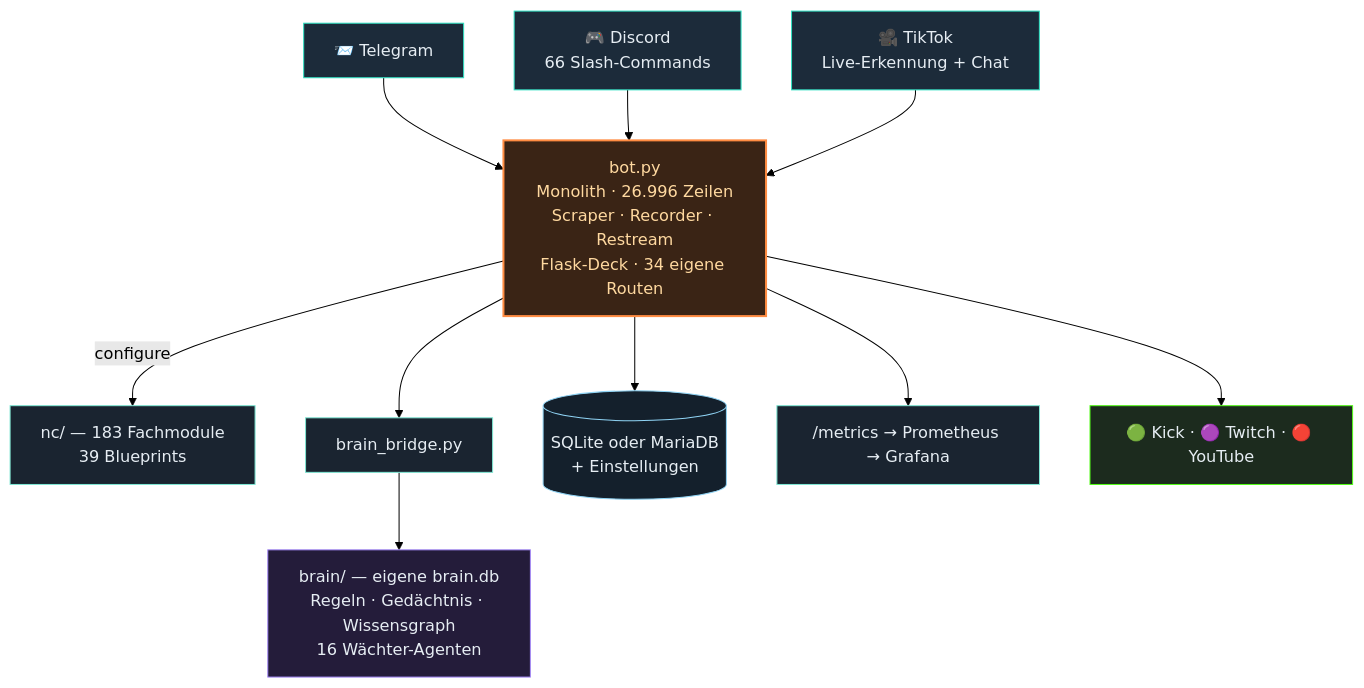
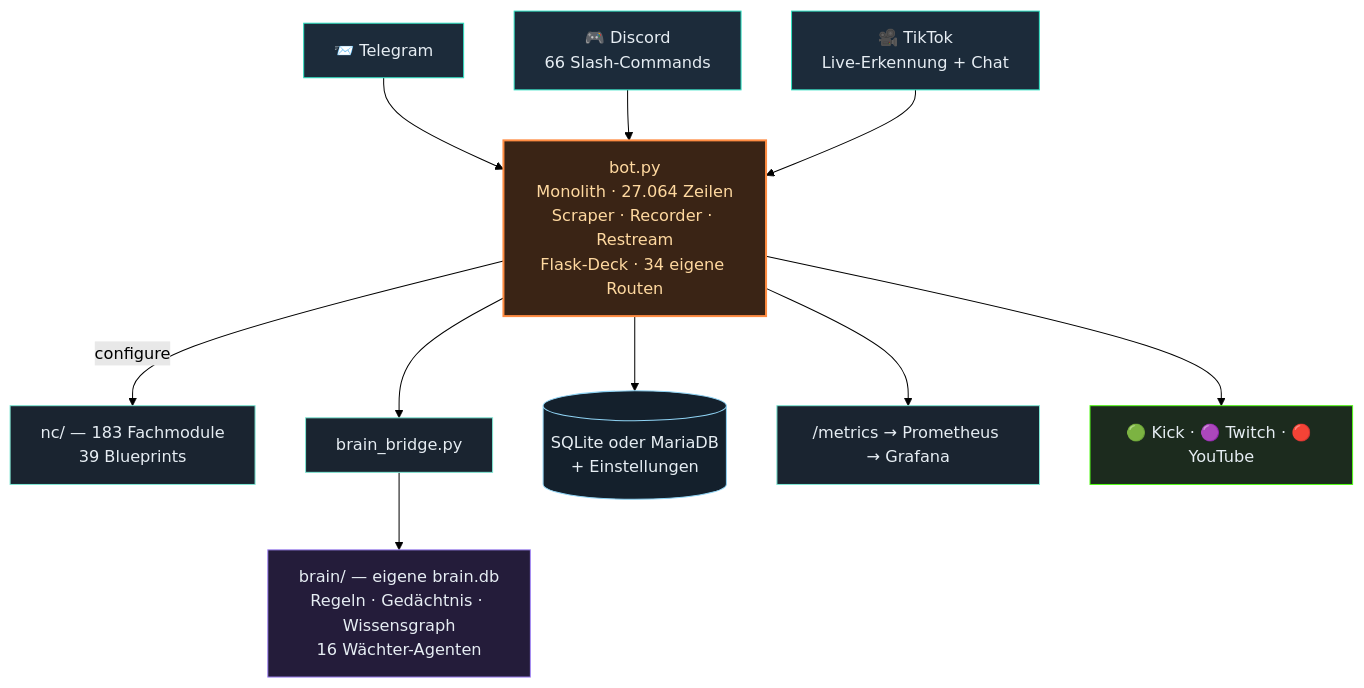
Before and after one commit to itsamemedev/Telegram-Stream-Info-Bot: the second of 3 diagrams in README.md, drawn with Mermaid (forest theme). The commit also changed other lines of this file and 17 other files, not shown here.

````diff
--- a/README.md
+++ b/README.md
@@ -118,19 +118,19 @@
 ```mermaid
 flowchart TB
     TG["📨 Telegram"]:::ein --> BOT
     DC["🎮 Discord<br/>66 Slash-Commands"]:::ein --> BOT
     TT["🎥 TikTok<br/>Live-Erkennung + Chat"]:::ein --> BOT
-    BOT["bot.py<br/>Monolith · 26.996 Zeilen<br/>Scraper · Recorder · Restream<br/>Flask-Deck · 34 eigene Routen"]:::core
+    BOT["bot.py<br/>Monolith · 27.064 Zeilen<br/>Scraper · Recorder · Restream<br/>Flask-Deck · 34 eigene Routen"]:::core
     BOT -->|configure| NC["nc/ — 183 Fachmodule<br/>39 Blueprints"]:::lib
     BOT --> BR["brain_bridge.py"]:::lib
     BR --> BRAIN["brain/ — eigene brain.db<br/>Regeln · Gedächtnis · Wissensgraph<br/>16 Wächter-Agenten"]:::brain
     BOT --> DB[("SQLite oder MariaDB<br/>+ Einstellungen")]:::db
     BOT --> PROM["/metrics → Prometheus → Grafana"]:::lib
     BOT --> OUT["🟢 Kick · 🟣 Twitch · 🔴 YouTube"]:::out
     classDef ein fill:#1c2b3a,stroke:#2de1c2,color:#e6edf3
     classDef core fill:#3a2415,stroke:#ff8c42,stroke-width:2px,color:#ffd9a0
     classDef lib fill:#1a2430,stroke:#7fe7d4,color:#e6edf3
     classDef brain fill:#241c3a,stroke:#a78bfa,color:#e6edf3
     classDef db fill:#14202c,stroke:#8fd3f4,color:#e6edf3
     classDef out fill:#1c2b1e,stroke:#53fc18,color:#e6edf3
 ```
````
